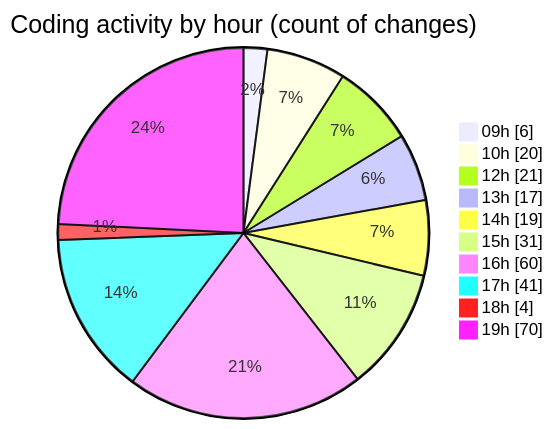
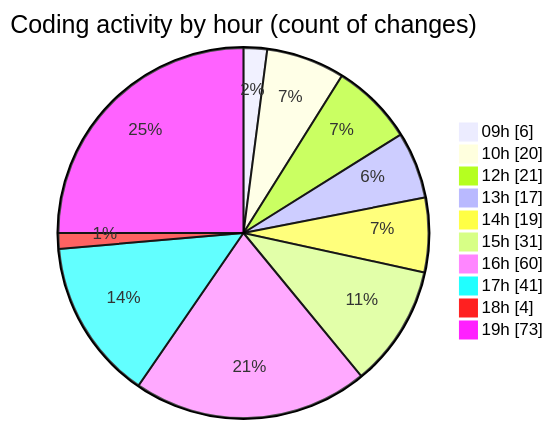
The second of 2 diagrams in 2026-02-18/bot_v1_2/README.md (becaeroporto-bot/code-tracking), drawn with Mermaid before and after one commit. The commit also changed other lines of this file and 1 other file, not shown here.

````diff
--- a/2026-02-18/bot_v1_2/README.md
+++ b/2026-02-18/bot_v1_2/README.md
@@ -59,14 +59,14 @@
 ```mermaid
 pie showData
 title Coding activity by hour (count of changes)
 "09h" : 6
 "10h" : 20
 "12h" : 21
 "13h" : 17
 "14h" : 19
 "15h" : 31
 "16h" : 60
 "17h" : 41
 "18h" : 4
-"19h" : 70
+"19h" : 73
 ```
````
